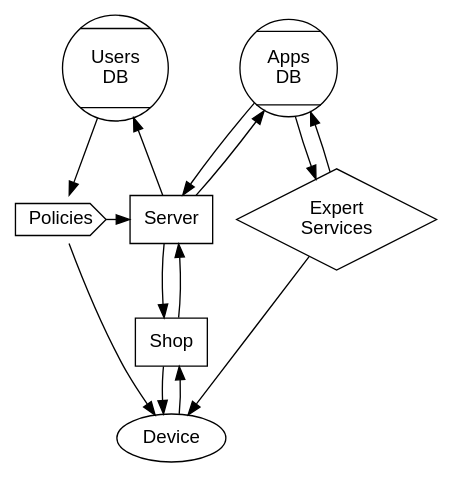
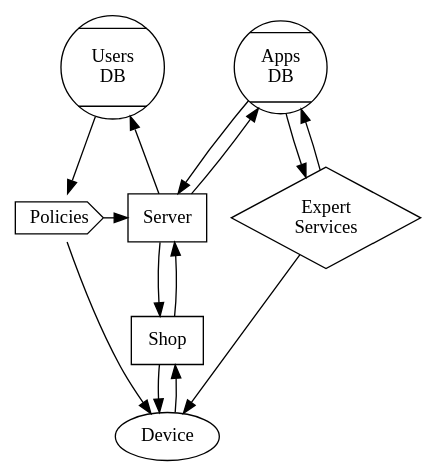
One commit to bogwonch/first-year-report changed the diagram in img/shop.dot. Above: the diagram before and after it, drawn with Graphviz. The commit also changed 21 other files, not shown here.

```diff
--- a/img/shop.dot
+++ b/img/shop.dot
@@ -1,28 +1,28 @@
 digraph shop {
 
-  Policies [label="Policies"         shape=cds       fontname=Helvetica];
-  Server   [label="Server"           shape=rectangle fontname=Helvetica];
-  Device   [label="Device"           shape=oval      fontname=Helvetica];
-  Users    [label="Users\nDB"        shape=Mcircle   fontname=Helvetica];
-  Apps     [label="Apps\nDB"         shape=Mcircle   fontname=Helvetica];
-  Shop     [label="Shop"             shape=rectangle fontname=Helvetica];
-  Checks   [label="Expert\nServices" shape=diamond   fontname=Helvetica];
+  Policies [label="Policies"         shape=cds       fontname="LMSans10-Regular"];
+  Server   [label="Server"           shape=rectangle fontname="LMSans10-Regular"];
+  Device   [label="Device"           shape=oval      fontname="LMSans10-Regular"];
+  Users    [label="Users\nDB"        shape=Mcircle   fontname="LMSans10-Regular"];
+  Apps     [label="Apps\nDB"         shape=Mcircle   fontname="LMSans10-Regular"];
+  Shop     [label="Shop"             shape=rectangle fontname="LMSans10-Regular"];
+  Checks   [label="Expert\nServices" shape=diamond   fontname="LMSans10-Regular"];
 
   {rank=source Apps Users};
   {rank=same Policies Server Checks};
   {rank=sink Device};
 
   Apps     -> Server;
   Policies -> Device;
   Policies -> Server;
   Server   -> Apps;
   Server   -> Users;
   Server   -> Shop -> Device;
   Users    -> Policies;
   Device   -> Shop -> Server;
   Checks -> Apps;
   Apps     -> Checks;
   Checks -> Device;
 
 
 }
```
